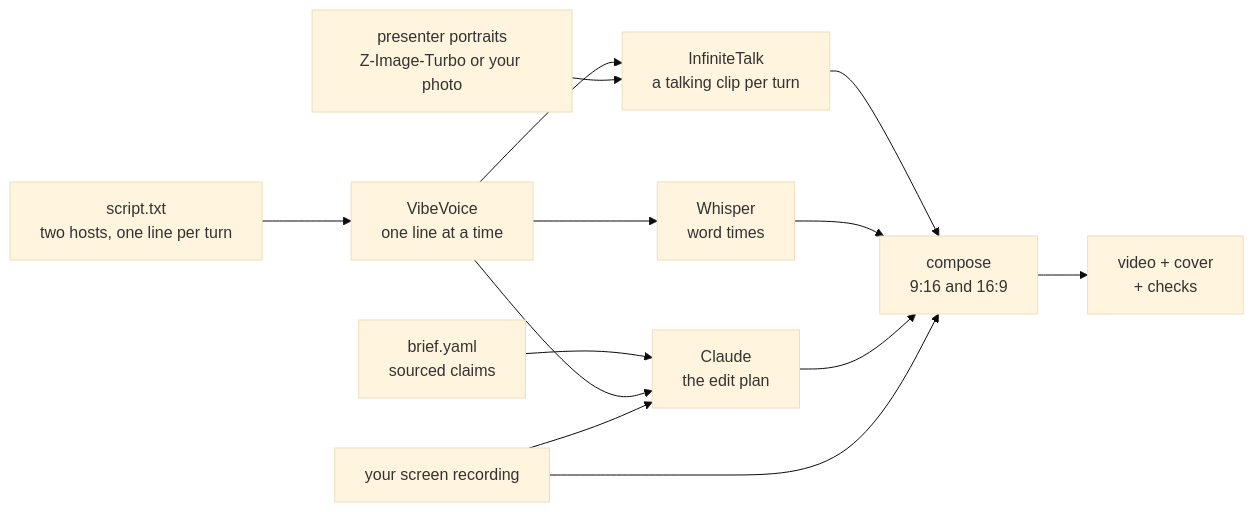
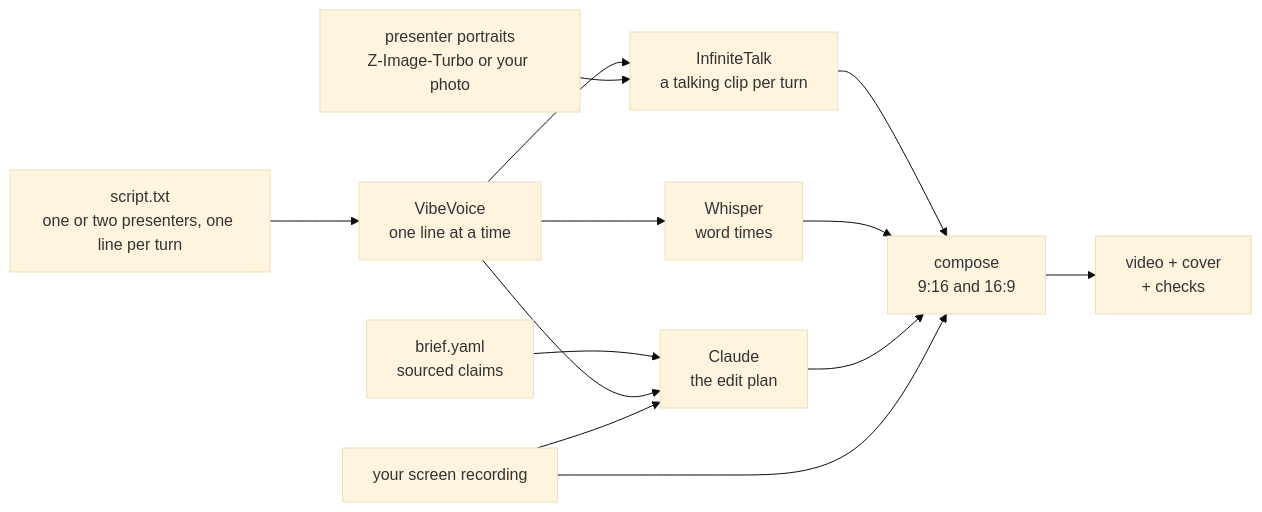
One commit to gjovanov/roomler-ai-avatar changed the diagram in README.md. Above: the diagram before and after it, drawn with Mermaid (base theme). The commit also changed other lines of this file and 33 other files, not shown here.

First line of the commit message:
One presenter who teaches: a tutor layout, block clips, a deeper voice

````diff
--- a/README.md
+++ b/README.md
@@ -18,15 +18,15 @@
 ```mermaid
 flowchart LR
-  script["script.txt<br/>two hosts, one line per turn"] --> voice["VibeVoice<br/>one line at a time"]
+  script["script.txt<br/>one or two presenters, one line per turn"] --> voice["VibeVoice<br/>one line at a time"]
   voice --> talk["InfiniteTalk<br/>a talking clip per turn"]
   faces["presenter portraits<br/>Z-Image-Turbo or your photo"] --> talk
   voice --> words["Whisper<br/>word times"]
   brief["brief.yaml<br/>sourced claims"] --> plan["Claude<br/>the edit plan"]
   voice --> plan
   rec["your screen recording"] --> plan
   talk --> compose["compose<br/>9:16 and 16:9"]
   words --> compose
   plan --> compose
   rec --> compose
   compose --> out["video + cover<br/>+ checks"]
 ```
````
